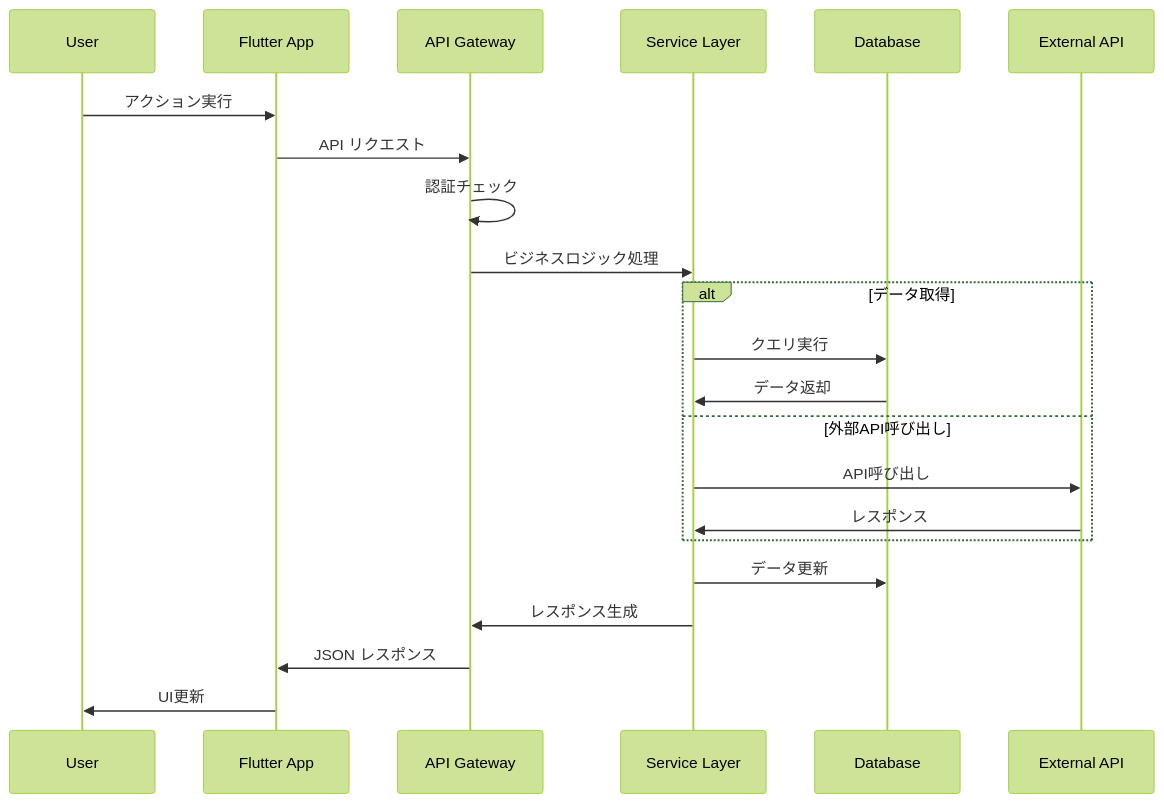
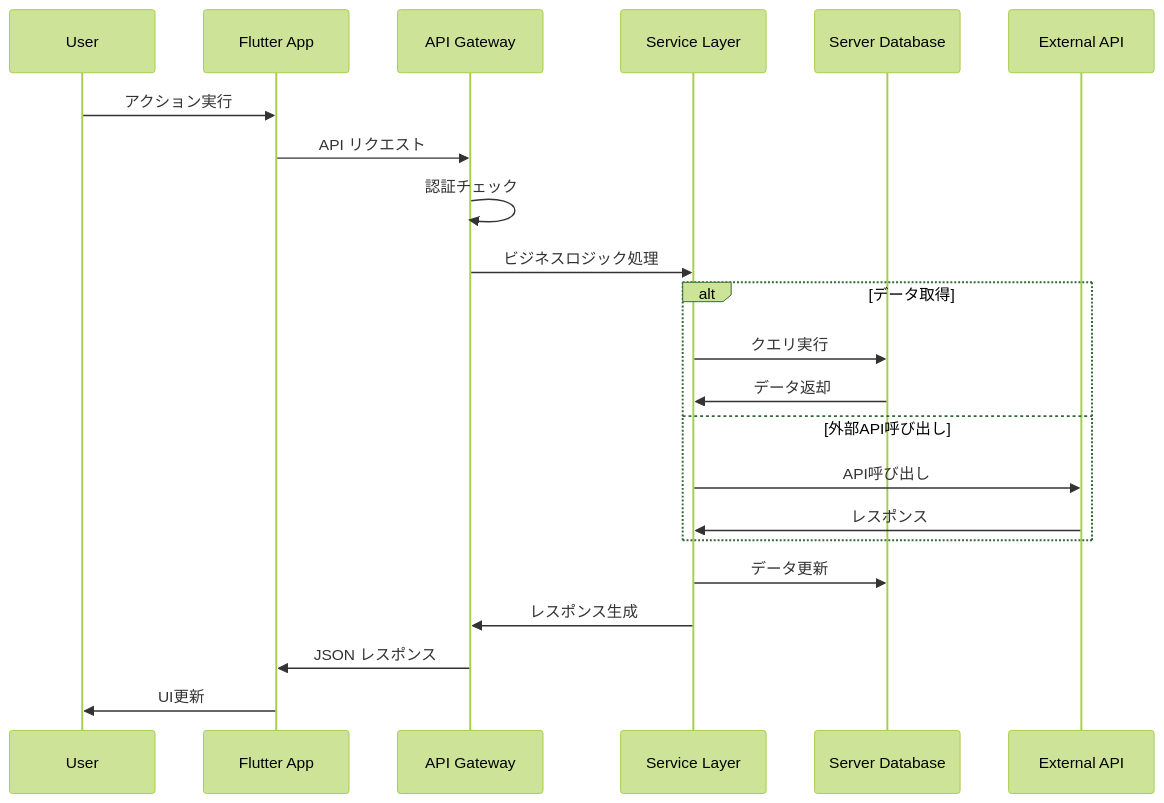
The fifth of 15 diagrams in docs/design/HLD.md (sora-kisaragi/TechLingualQuest), drawn with Mermaid (forest theme) before and after one commit. The commit also changed other lines of this file, not shown here.

````diff
--- a/docs/design/HLD.md
+++ b/docs/design/HLD.md
@@ -200,27 +299,27 @@
 ```mermaid
 sequenceDiagram
     participant U as User
     participant F as Flutter App
     participant A as API Gateway
     participant S as Service Layer
-    participant D as Database
+    participant D as Server Database
     participant E as External API
     
     U->>F: アクション実行
     F->>A: API リクエスト
     A->>A: 認証チェック
     A->>S: ビジネスロジック処理
     
     alt データ取得
         S->>D: クエリ実行
         D->>S: データ返却
     else 外部API呼び出し
         S->>E: API呼び出し
         E->>S: レスポンス
     end
     
     S->>D: データ更新
     S->>A: レスポンス生成
     A->>F: JSON レスポンス
     F->>U: UI更新
 ```
````
